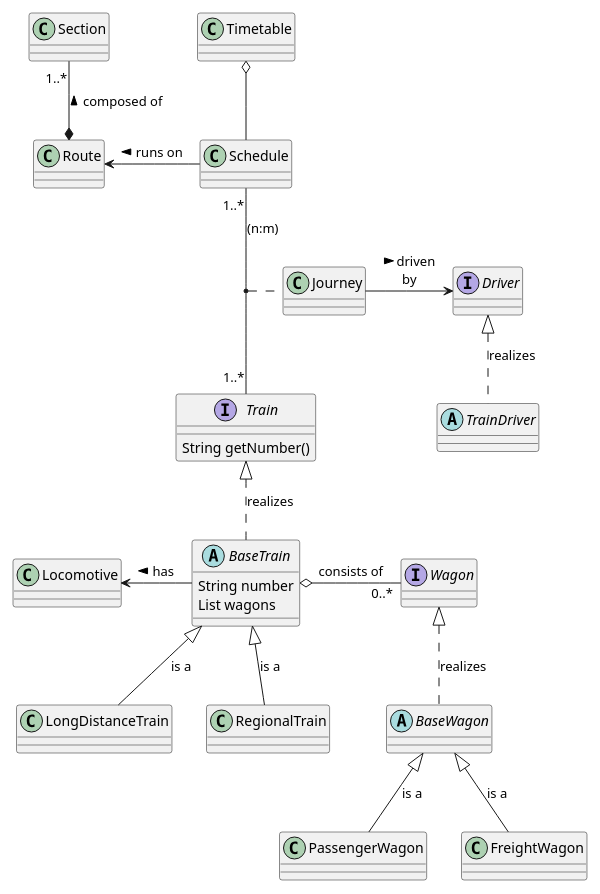
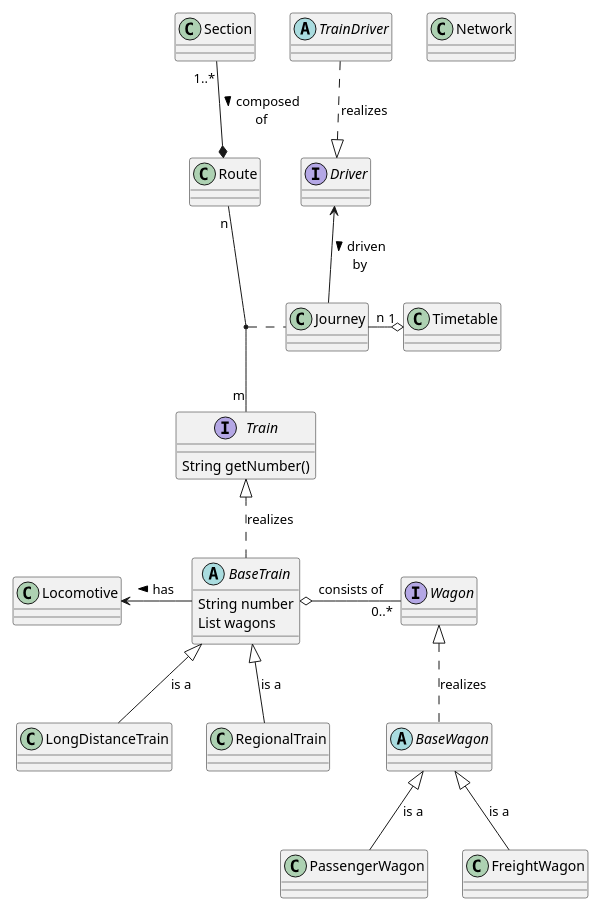
The diagram in docs/asciidoc/diagrams/course-1/business-model.puml (ThorstenEckstein/dhbw-advanced-programming), drawn with PlantUML before and after one commit. The commit also changed 7 other files, not shown here.

```diff
--- a/docs/asciidoc/diagrams/course-1/business-model.puml
+++ b/docs/asciidoc/diagrams/course-1/business-model.puml
@@ -1,56 +1,54 @@
 @startuml
 'https://plantuml.com/class-diagram
 
 'skinparam groupInheritance 2
 
 scale 0.8
 
 interface Train {
   String getNumber()
 }
 abstract class BaseTrain {
   String number
   List wagons
 }
 class LongDistanceTrain
 class RegionalTrain
 class Locomotive
 
 class Journey
 interface Driver
 abstract class TrainDriver
 
 interface Wagon
 abstract class BaseWagon
 class PassengerWagon
 class FreightWagon
 
+class Network
 class Route
 class Section
-class Schedule
 class Timetable
 
-Train            <|..        BaseTrain         : realizes
-BaseTrain        <|--        LongDistanceTrain : is a
-BaseTrain        <|--        RegionalTrain     : is a
-BaseTrain        -l->        Locomotive        : > has
-BaseTrain        o-r- "0..*" Wagon             : consists of
+' Train model
+Train             <|..          BaseTrain         : realizes
+BaseTrain         <|--          LongDistanceTrain : is a
+BaseTrain         <|--          RegionalTrain     : is a
+BaseTrain         -l->          Locomotive        : > has
+BaseTrain         o-r-  "0..*"  Wagon             : consists of
+Wagon             <|..          BaseWagon         : realizes
+BaseWagon         <|--          PassengerWagon    : is a
+BaseWagon         <|--          FreightWagon      : is a
 
-Wagon            <|..        BaseWagon         : realizes
-BaseWagon        <|--        PassengerWagon    : is a
-BaseWagon        <|--        FreightWagon      : is a
+' Route model
+'Network      "1"  -l-   "n"    Route
+Route             *-u-  "1..*" Section            : > composed\nof
 
-Timetable        o-d-        Schedule
-Schedule "1..*"  -- "1..*"   Train             : (n:m)
-(Schedule,Train) ..          Journey
-Journey          -r->        Driver            : > driven\nby
-Driver           <|.d.       TrainDriver       : realizes
-
-Schedule          -l->        Route             : runs on >
-Route            *-u- "1..*" Section           : > composed of
-
-'Route "0..*"  -  "1..*"  Section
-'(Route, Section) ..      Journey
-'Section       o-r-       Track
+' Journey model
+Route        "n"  --    "m"    Train
+(Route,Train)     ..           Journey
+Journey      "n"  -r-o  "1"    Timetable
+Journey           -u->         Driver             : > driven\nby
+Driver            <|.u.        TrainDriver        : realizes
 
 @enduml
```
